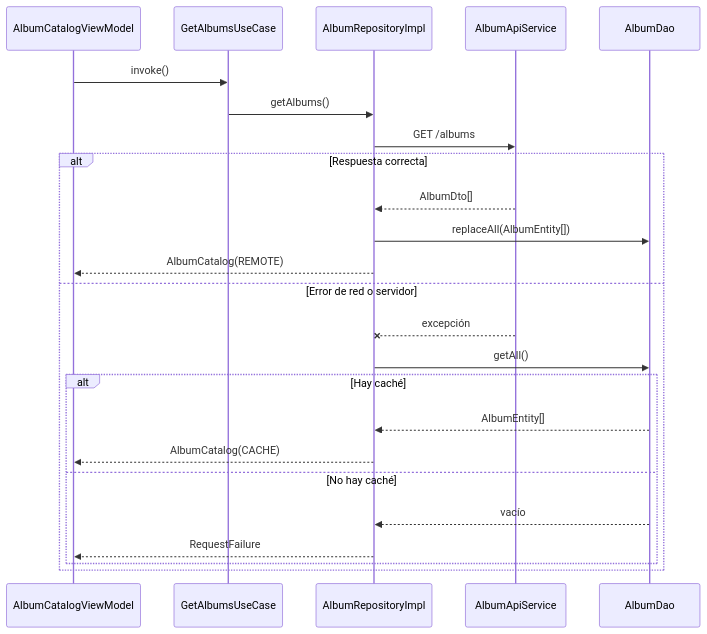
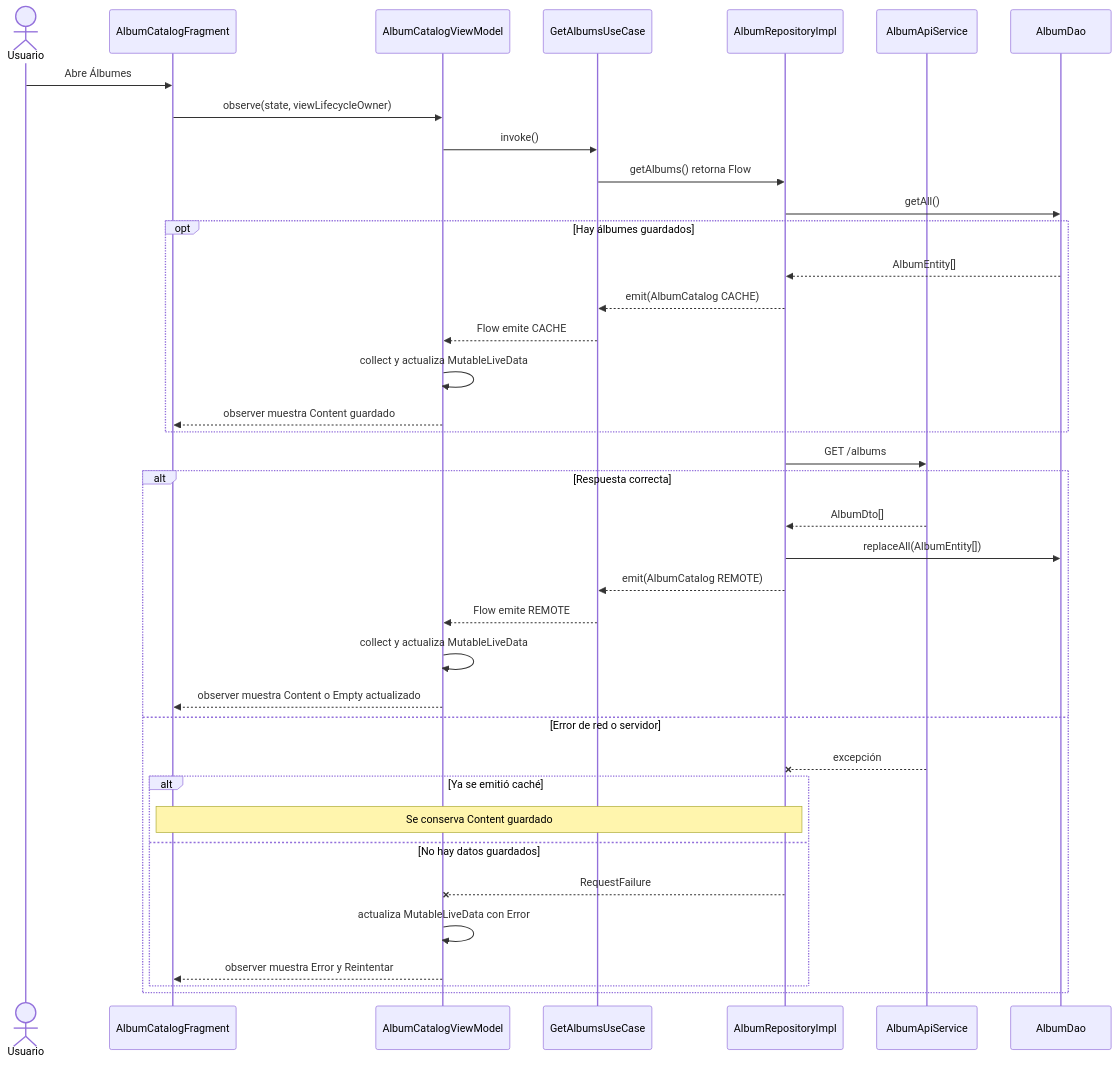
The fifth of 5 diagrams in docs/ARQUITECTURA_SPRINT1.md (jhonospina2711/MISW4201-202615-Vinilos-Mobile-Grupo13), drawn with Mermaid before and after one commit. The commit also changed other lines of this file and 29 other files, not shown here.

Commit message:
refactor: expose sprint 1 data flows through repositories

````diff
--- a/docs/ARQUITECTURA_SPRINT1.md
+++ b/docs/ARQUITECTURA_SPRINT1.md
@@ -153,26 +155,40 @@
 ```mermaid
 sequenceDiagram
+  actor Usuario
+  participant Vista as AlbumCatalogFragment
   participant VM as AlbumCatalogViewModel
   participant UC as GetAlbumsUseCase
   participant Repo as AlbumRepositoryImpl
   participant API as AlbumApiService
   participant Room as AlbumDao
+  Usuario->>Vista: Abre Álbumes
+  Vista->>VM: observe(state, viewLifecycleOwner)
   VM->>UC: invoke()
-  UC->>Repo: getAlbums()
+  UC->>Repo: getAlbums() retorna Flow
+  Repo->>Room: getAll()
+  opt Hay álbumes guardados
+    Room-->>Repo: AlbumEntity[]
+    Repo-->>UC: emit(AlbumCatalog CACHE)
+    UC-->>VM: Flow emite CACHE
+    VM->>VM: collect y actualiza MutableLiveData
+    VM-->>Vista: observer muestra Content guardado
+  end
   Repo->>API: GET /albums
   alt Respuesta correcta
     API-->>Repo: AlbumDto[]
     Repo->>Room: replaceAll(AlbumEntity[])
-    Repo-->>VM: AlbumCatalog(REMOTE)
+    Repo-->>UC: emit(AlbumCatalog REMOTE)
+    UC-->>VM: Flow emite REMOTE
+    VM->>VM: collect y actualiza MutableLiveData
+    VM-->>Vista: observer muestra Content o Empty actualizado
   else Error de red o servidor
     API--xRepo: excepción
-    Repo->>Room: getAll()
-    alt Hay caché
-      Room-->>Repo: AlbumEntity[]
-      Repo-->>VM: AlbumCatalog(CACHE)
-    else No hay caché
-      Room-->>Repo: vacío
-      Repo-->>VM: RequestFailure
+    alt Ya se emitió caché
+      Note over Repo,Vista: Se conserva Content guardado
+    else No hay datos guardados
+      Repo--xVM: RequestFailure
+      VM->>VM: actualiza MutableLiveData con Error
+      VM-->>Vista: observer muestra Error y Reintentar
     end
   end
 ```
````
